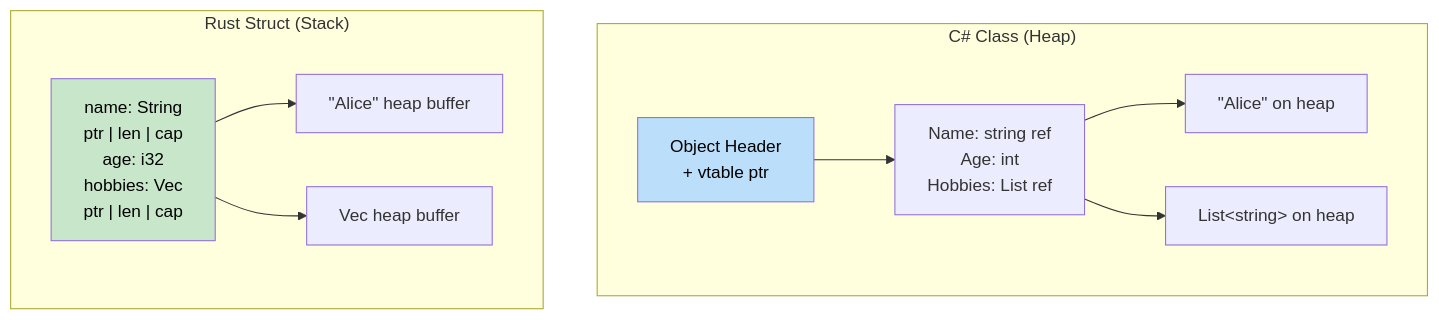
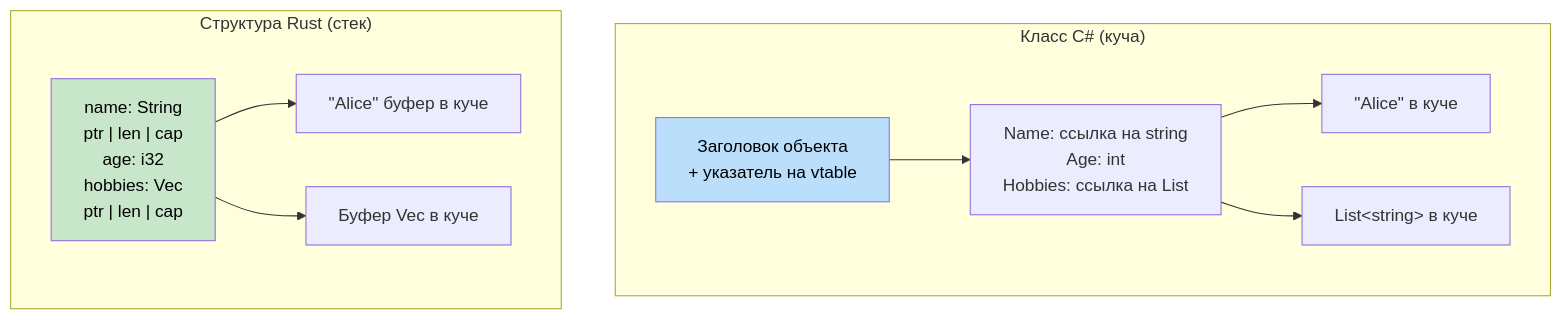
The diagram in csharp-book/src/ch05-data-structures-and-collections.md (r007/RustTraining-Rus), drawn with Mermaid before and after one commit. The commit also changed other lines of this file and 11 other files, not shown here.

````diff
--- a/csharp-book/src/ch05-data-structures-and-collections.md
+++ b/csharp-book/src/ch05-data-structures-and-collections.md
@@ -348,16 +349,16 @@
 ```mermaid
 graph TD
-    subgraph "C# Class (Heap)"
-        CObj["Object Header<br/>+ vtable ptr"] --> CFields["Name: string ref<br/>Age: int<br/>Hobbies: List ref"]
-        CFields --> CHeap1["#quot;Alice#quot; on heap"]
-        CFields --> CHeap2["List&lt;string&gt; on heap"]
+    subgraph "Класс C# (куча)"
+        CObj["Заголовок объекта<br/>+ указатель на vtable"] --> CFields["Name: ссылка на string<br/>Age: int<br/>Hobbies: ссылка на List"]
+        CFields --> CHeap1["#quot;Alice#quot; в куче"]
+        CFields --> CHeap2["List&lt;string&gt; в куче"]
     end
-    subgraph "Rust Struct (Stack)"
+    subgraph "Структура Rust (стек)"
         RFields["name: String<br/>  ptr | len | cap<br/>age: i32<br/>hobbies: Vec<br/>  ptr | len | cap"]
-        RFields --> RHeap1["#quot;Alice#quot; heap buffer"]
-        RFields --> RHeap2["Vec heap buffer"]
+        RFields --> RHeap1["#quot;Alice#quot; буфер в куче"]
+        RFields --> RHeap2["Буфер Vec в куче"]
     end
 
     style CObj fill:#bbdefb,color:#000
     style RFields fill:#c8e6c9,color:#000
 ```
````
